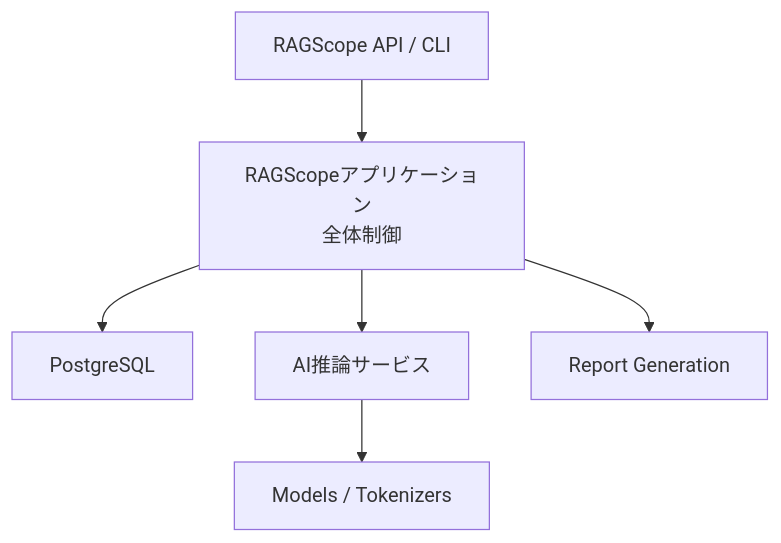
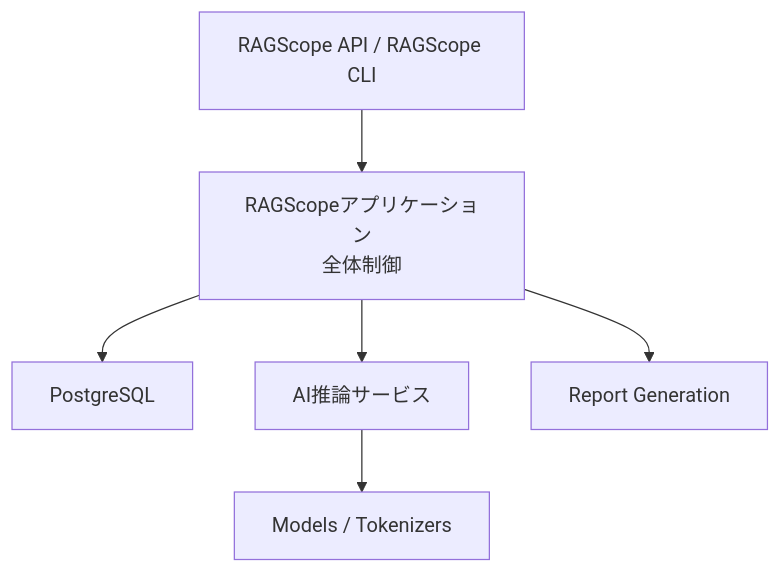
The second of 6 diagrams in RAGScope/docs/design/システムアーキテクチャ.md (takashit16833/RAGScope), drawn with Mermaid before and after one commit. The commit also changed other lines of this file and 1 other file, not shown here.

````diff
--- a/RAGScope/docs/design/システムアーキテクチャ.md
+++ b/RAGScope/docs/design/システムアーキテクチャ.md
@@ -151,8 +168,8 @@
 ```mermaid
 flowchart TD
-    Interface["RAGScope API / CLI"] --> Application["RAGScopeアプリケーション<br>全体制御"]
+    Interface["RAGScope API / RAGScope CLI"] --> Application["RAGScopeアプリケーション<br>全体制御"]
     Application --> Persistence["PostgreSQL"]
     Application --> AI["AI推論サービス"]
     AI --> Models["Models / Tokenizers"]
     Application --> Reports["Report Generation"]
 ```
````
